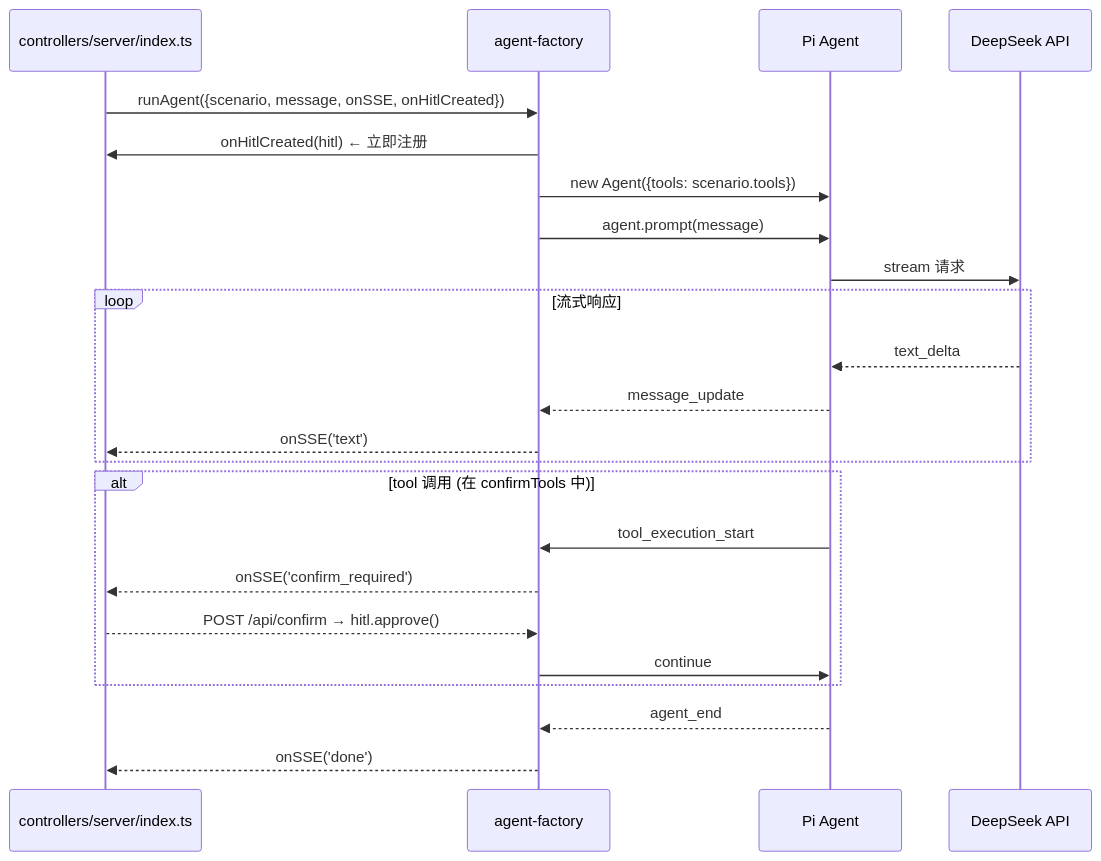
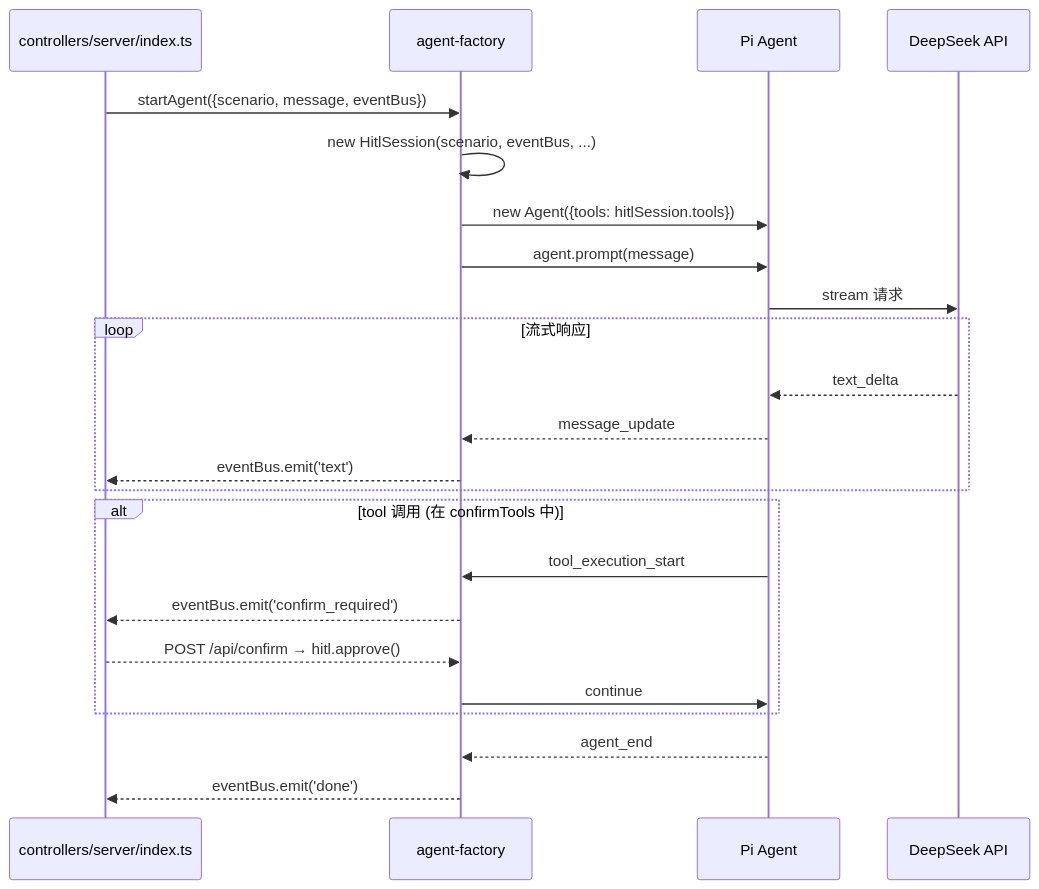
One commit to yjzaaa/leave-approval-agent changed the second of 4 diagrams in src/agent/CLAUDE.md. Above: the diagram before and after it, drawn with Mermaid. The commit also changed other lines of this file, not shown here.

Commit message:
docs: 更新 agent/CLAUDE.md — onSSE → EventBus 时序图 + 事件表

````diff
--- a/src/agent/CLAUDE.md
+++ b/src/agent/CLAUDE.md
@@ -104,29 +107,29 @@
 ```mermaid
 sequenceDiagram
     participant Server as controllers/server/index.ts
     participant Factory as agent-factory
     participant Agent as Pi Agent
     participant API as DeepSeek API
 
-    Server->>Factory: runAgent({scenario, message, onSSE, onHitlCreated})
-    Factory->>Server: onHitlCreated(hitl) ← 立即注册
-    Factory->>Agent: new Agent({tools: scenario.tools})
+    Server->>Factory: startAgent({scenario, message, eventBus})
+    Factory->>Factory: new HitlSession(scenario, eventBus, ...)
+    Factory->>Agent: new Agent({tools: hitlSession.tools})
     Factory->>Agent: agent.prompt(message)
     Agent->>API: stream 请求
 
     loop 流式响应
         API-->>Agent: text_delta
         Agent-->>Factory: message_update
-        Factory-->>Server: onSSE('text')
+        Factory-->>Server: eventBus.emit('text')
     end
 
     alt tool 调用 (在 confirmTools 中)
         Agent->>Factory: tool_execution_start
-        Factory-->>Server: onSSE('confirm_required')
+        Factory-->>Server: eventBus.emit('confirm_required')
         Server-->>Factory: POST /api/confirm → hitl.approve()
         Factory->>Agent: continue
     end
 
     Agent-->>Factory: agent_end
-    Factory-->>Server: onSSE('done')
+    Factory-->>Server: eventBus.emit('done')
 ```
````
